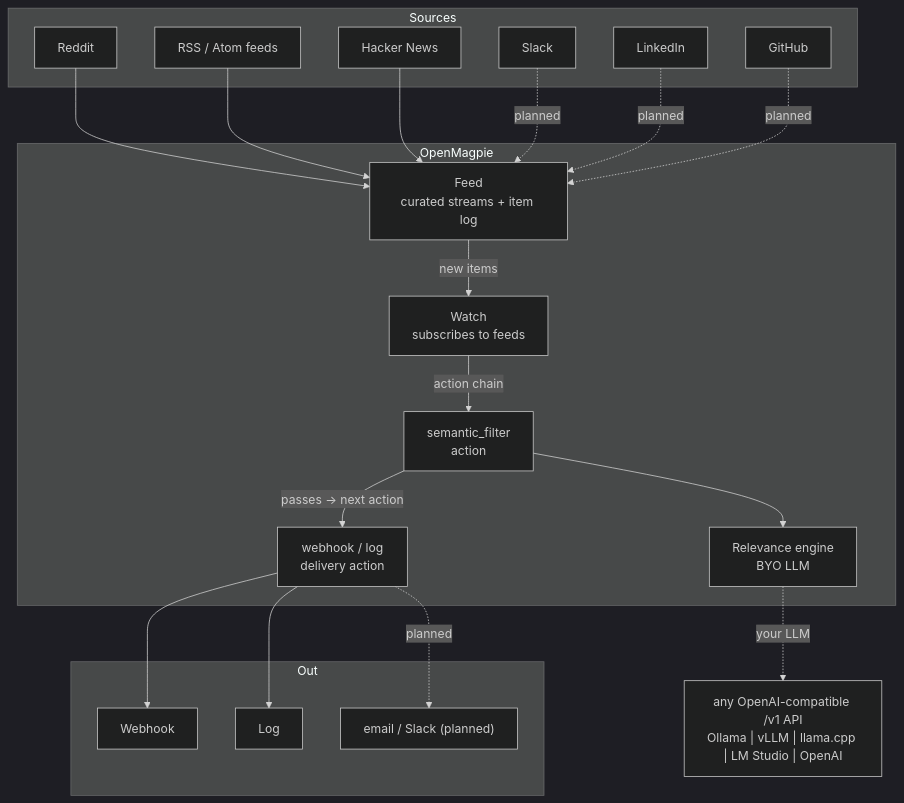
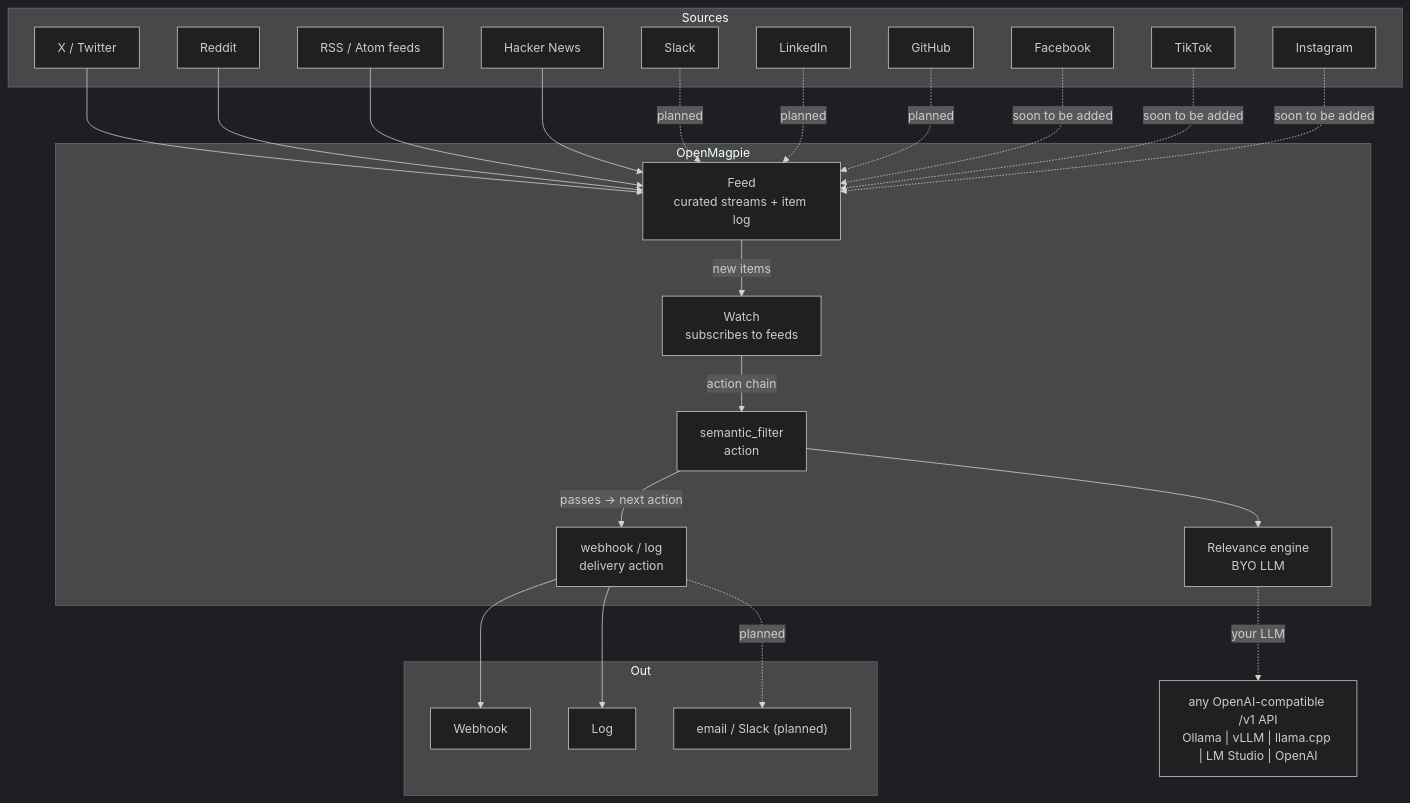
The diagram in README.md (obris-dev/openmagpie), drawn with Mermaid (dark theme) before and after one commit. The commit also changed other lines of this file and 23 other files, not shown here.

````diff
--- a/README.md
+++ b/README.md
@@ -142,42 +143,50 @@
 ```mermaid
 graph TD
     subgraph Sources
+        TWITTER[X / Twitter]
         REDDIT[Reddit]
         RSS[RSS / Atom feeds]
         HN[Hacker News]
         SLACK[Slack]
         LINKEDIN[LinkedIn]
         GITHUB[GitHub]
+        FACEBOOK[Facebook]
+        TIKTOK[TikTok]
+        INSTAGRAM[Instagram]
     end
 
     subgraph OpenMagpie
         FEED[Feed<br/>curated streams + item log]
         WATCH[Watch<br/>subscribes to feeds]
         FILTER[semantic_filter<br/>action]
         ENGINE[Relevance engine<br/>BYO LLM]
         DELIVER[webhook / log<br/>delivery action]
     end
 
     subgraph Out
         WEBHOOK[Webhook]
         LOG[Log]
         FUTURE["email / Slack (planned)"]
     end
 
+    TWITTER --> FEED
     REDDIT --> FEED
     RSS --> FEED
     HN --> FEED
     SLACK -. planned .-> FEED
     LINKEDIN -. planned .-> FEED
     GITHUB -. planned .-> FEED
+    FACEBOOK -. "soon to be added" .-> FEED
+    TIKTOK -. "soon to be added" .-> FEED
+    INSTAGRAM -. "soon to be added" .-> FEED
 
     FEED -- "new items" --> WATCH
     WATCH -- "action chain" --> FILTER
     FILTER --> ENGINE
     ENGINE -. "your LLM" .-> LLM["any OpenAI-compatible /v1 API<br/>Ollama | vLLM | llama.cpp | LM Studio | OpenAI"]
     FILTER -- "passes -> next action" --> DELIVER
 
     DELIVER --> WEBHOOK
     DELIVER --> LOG
     DELIVER -. planned .-> FUTURE
 ```
````
